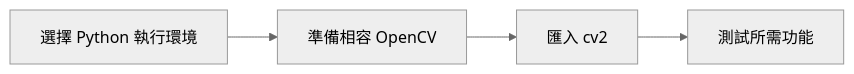
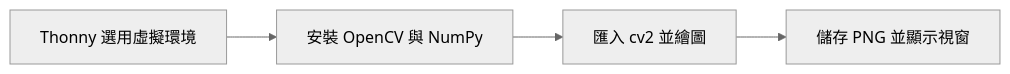
One commit to Samuel-ncu/BA5077-RP5-compatibility changed the diagram in 教材/第 14 課｜在 Raspberry Pi 5 安裝 OpenCV.md. Above: the diagram before and after it, drawn with Mermaid (neutral theme). The commit also changed other lines of this file and 21 other files, not shown here.

Commit message:
Teach and verify OpenCV on existing Trixie in Thonny

````diff
--- a/教材/第 14 課｜在 Raspberry Pi 5 安裝 OpenCV.md
+++ b/教材/第 14 課｜在 Raspberry Pi 5 安裝 OpenCV.md
@@ -54,8 +15,6 @@
 ```mermaid
 flowchart LR
-    A["選擇 Python 執行環境"]
-    B["準備相容 OpenCV"]
-    C["匯入 cv2"]
-    D["測試所需功能"]
-    A --> B --> C --> D
+ A[Thonny 選用虛擬環境] --> B[安裝 OpenCV 與 NumPy]
+ B --> C[匯入 cv2 並繪圖]
+ C --> D[儲存 PNG 並顯示視窗]
 ```
````
